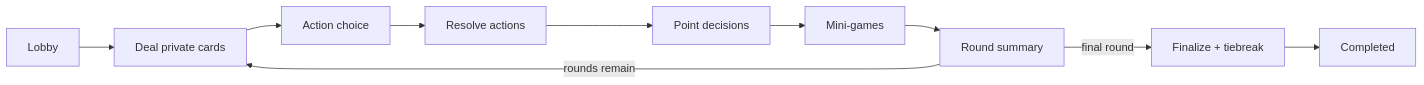
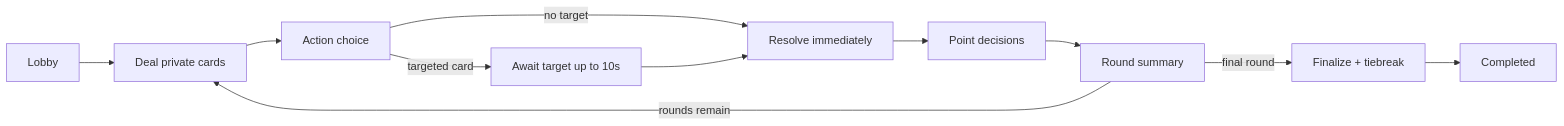
The second of 2 diagrams in README.md (japjotsingh18/ScoreUp), drawn with Mermaid before and after one commit. The commit also changed other lines of this file and 18 other files, not shown here.

````diff
--- a/README.md
+++ b/README.md
@@ -62,12 +66,13 @@
 ```mermaid
 flowchart LR
     L[Lobby] --> D[Deal private cards]
     D --> A[Action choice]
-    A --> R[Resolve actions]
+    A -->|no target| R[Resolve immediately]
+    A -->|targeted card| T[Await target up to 10s]
+    T --> R
     R --> P[Point decisions]
-    P --> M[Mini-games]
-    M --> S[Round summary]
+    P --> S[Round summary]
     S -->|rounds remain| D
     S -->|final round| F[Finalize + tiebreak]
     F --> C[Completed]
 ```
````
